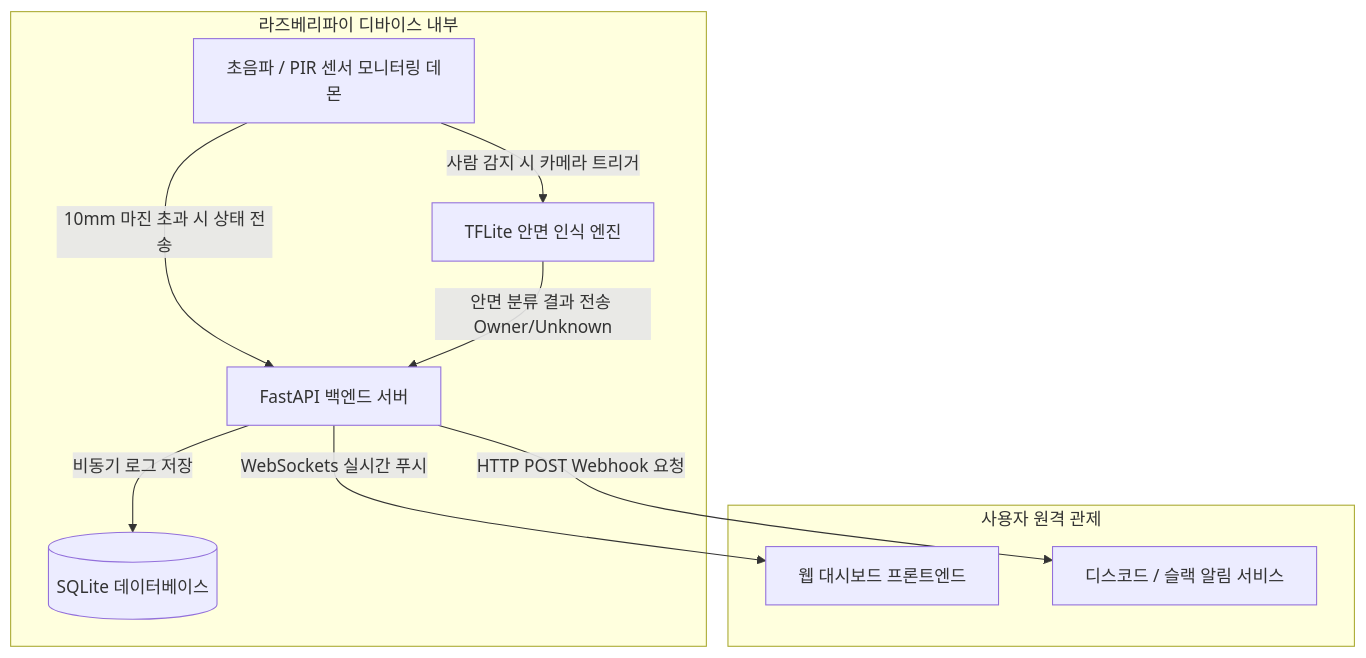
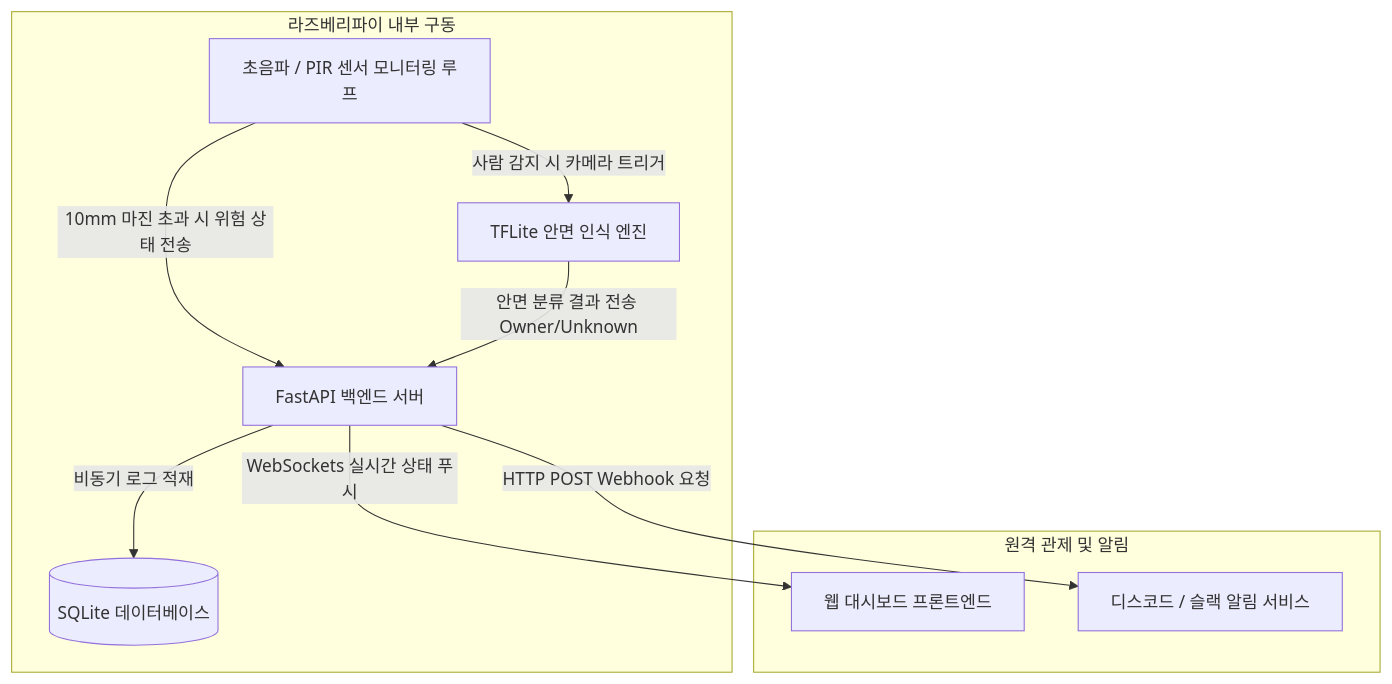
The second of 2 diagrams in system.md (Schro2109/MarkDownPractice), drawn with Mermaid before and after one commit. The commit also changed other lines of this file and 1 other file, not shown here.

````diff
--- a/system.md
+++ b/system.md
@@ -55,23 +51,23 @@
 ```mermaid
 graph TD
-    subgraph RPi_Device [라즈베리파이 디바이스 내부]
-        Sensors[초음파 / PIR 센서 모니터링 데몬]
+    subgraph RPi_Device [라즈베리파이 내부 구동]
+        Sensors[초음파 / PIR 센서 모니터링 루프]
         TFLite[TFLite 안면 인식 엔진]
         FastAPI[FastAPI 백엔드 서버]
         DB[(SQLite 데이터베이스)]
     end
 
-    subgraph User_Interface [사용자 원격 관제]
+    subgraph User_Interface [원격 관제 및 알림]
         Web[웹 대시보드 프론트엔드]
         Webhook[디스코드 / 슬랙 알림 서비스]
     end
 
     %% 데이터 흐름
-    Sensors -- 10mm 마진 초과 시 상태 전송 --> FastAPI
+    Sensors -- 10mm 마진 초과 시 위험 상태 전송 --> FastAPI
     Sensors -- 사람 감지 시 카메라 트리거 --> TFLite
     TFLite -- 안면 분류 결과 전송 Owner/Unknown --> FastAPI
     
-    FastAPI -- 비동기 로그 저장 --> DB
-    FastAPI -- WebSockets 실시간 푸시 --> Web
+    FastAPI -- 비동기 로그 적재 --> DB
+    FastAPI -- WebSockets 실시간 상태 푸시 --> Web
     FastAPI -- HTTP POST Webhook 요청 --> Webhook
 ```
````
